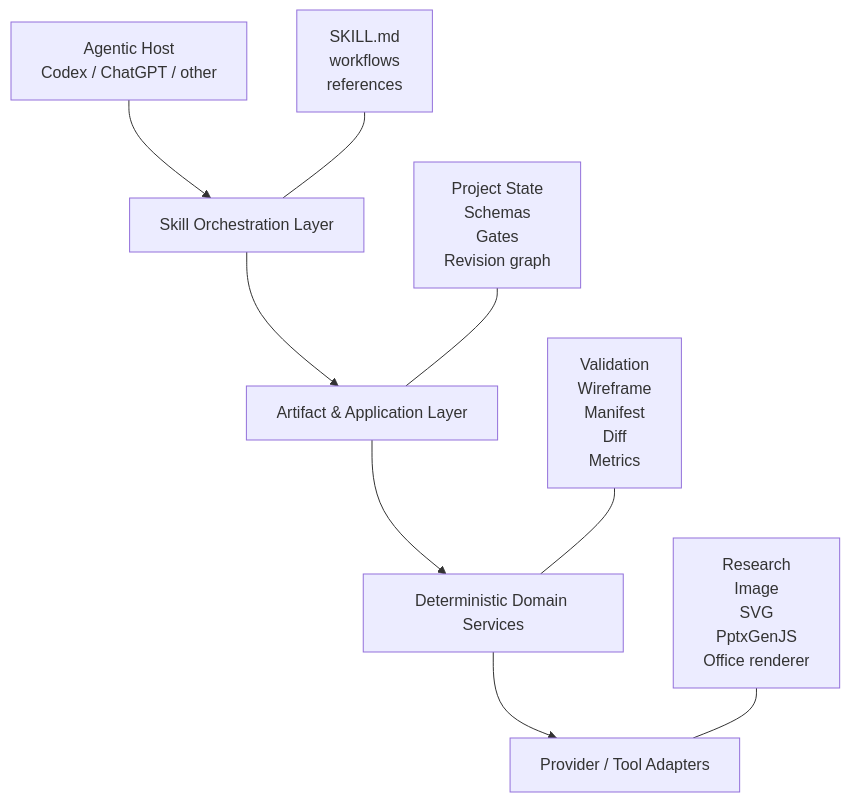
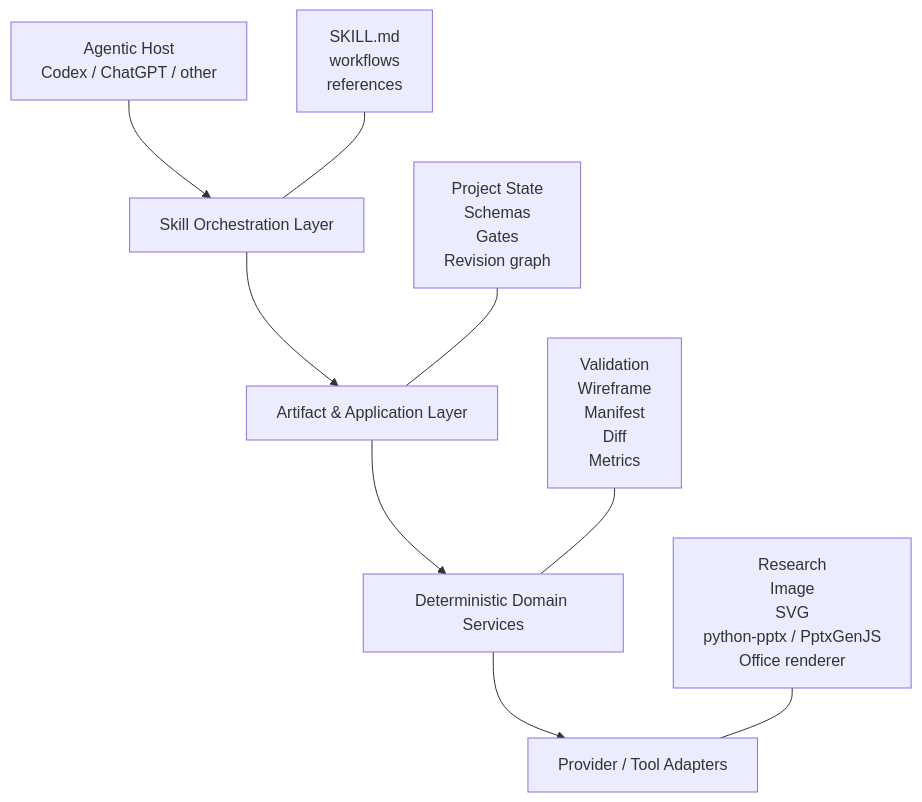
The first of 2 diagrams in docs/02-architecture.md (rv198-star/Slidethus), drawn with Mermaid before and after one commit. The commit also changed other lines of this file and 31 other files, not shown here.

````diff
--- a/docs/02-architecture.md
+++ b/docs/02-architecture.md
@@ -16,12 +16,12 @@
 ```mermaid
 flowchart TB
     H[Agentic Host<br/>Codex / ChatGPT / other] --> K[Skill Orchestration Layer]
     K --> A[Artifact & Application Layer]
     A --> D[Deterministic Domain Services]
     D --> P[Provider / Tool Adapters]
 
     K1[SKILL.md<br/>workflows<br/>references] --- K
     A1[Project State<br/>Schemas<br/>Gates<br/>Revision graph] --- A
     D1[Validation<br/>Wireframe<br/>Manifest<br/>Diff<br/>Metrics] --- D
-    P1[Research<br/>Image<br/>SVG<br/>PptxGenJS<br/>Office renderer] --- P
+    P1[Research<br/>Image<br/>SVG<br/>python-pptx / PptxGenJS<br/>Office renderer] --- P
 ```
````
